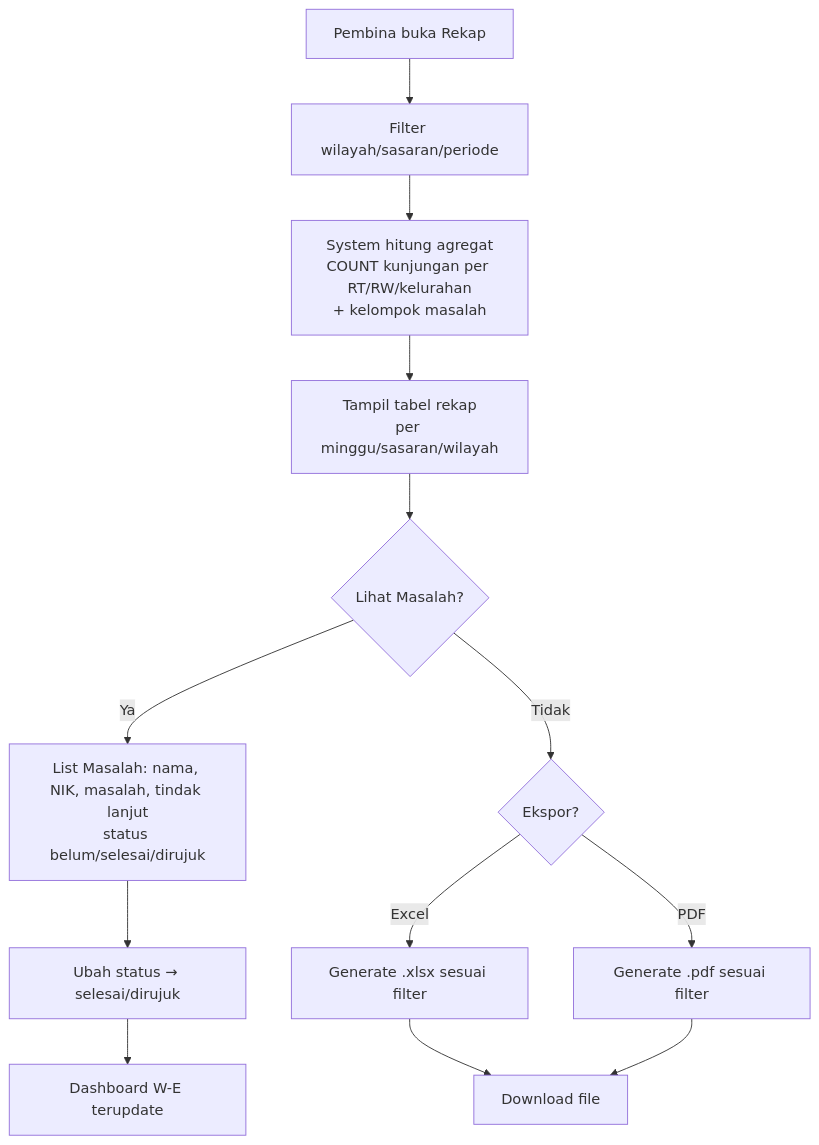
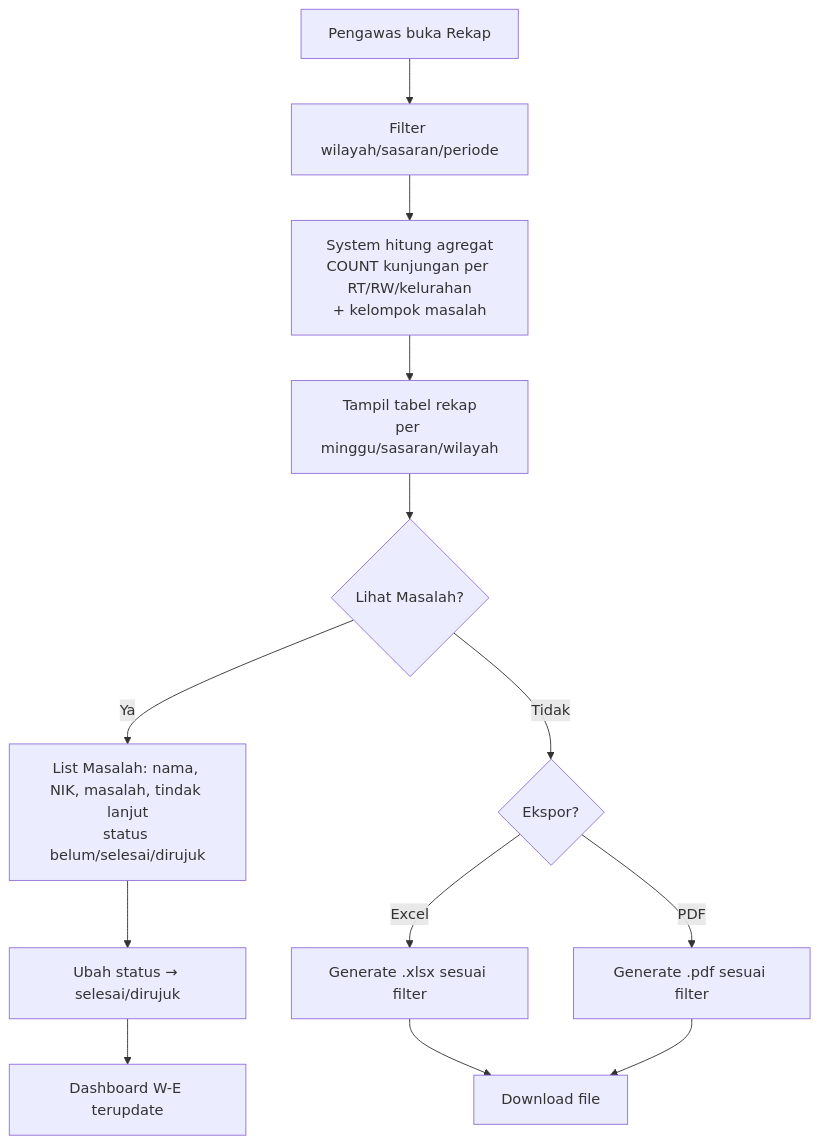
One commit to Lyc-n/prd changed the first of 2 diagrams in docs/workflows/W-F-rekap-ekspor.md. Above: the diagram before and after it, drawn with Mermaid. The commit also changed other lines of this file and 7 other files, not shown here.

````diff
--- a/docs/workflows/W-F-rekap-ekspor.md
+++ b/docs/workflows/W-F-rekap-ekspor.md
@@ -24,15 +24,15 @@
 ```mermaid
 flowchart TD
-    A[Pembina buka Rekap] --> B[Filter wilayah/sasaran/periode]
+    A[Pengawas buka Rekap] --> B[Filter wilayah/sasaran/periode]
     B --> C[System hitung agregat\nCOUNT kunjungan per RT/RW/kelurahan\n+ kelompok masalah]
     C --> D[Tampil tabel rekap\nper minggu/sasaran/wilayah]
     D --> E{Lihat Masalah?}
     E -->|Ya| F[List Masalah: nama, NIK, masalah, tindak lanjut\nstatus belum/selesai/dirujuk]
     F --> G[Ubah status → selesai/dirujuk]
     G --> H[Dashboard W-E terupdate]
     E -->|Tidak| I{Ekspor?}
     I -->|Excel| J[Generate .xlsx sesuai filter]
     I -->|PDF| K[Generate .pdf sesuai filter]
     J --> L[Download file]
     K --> L
 ```
````
